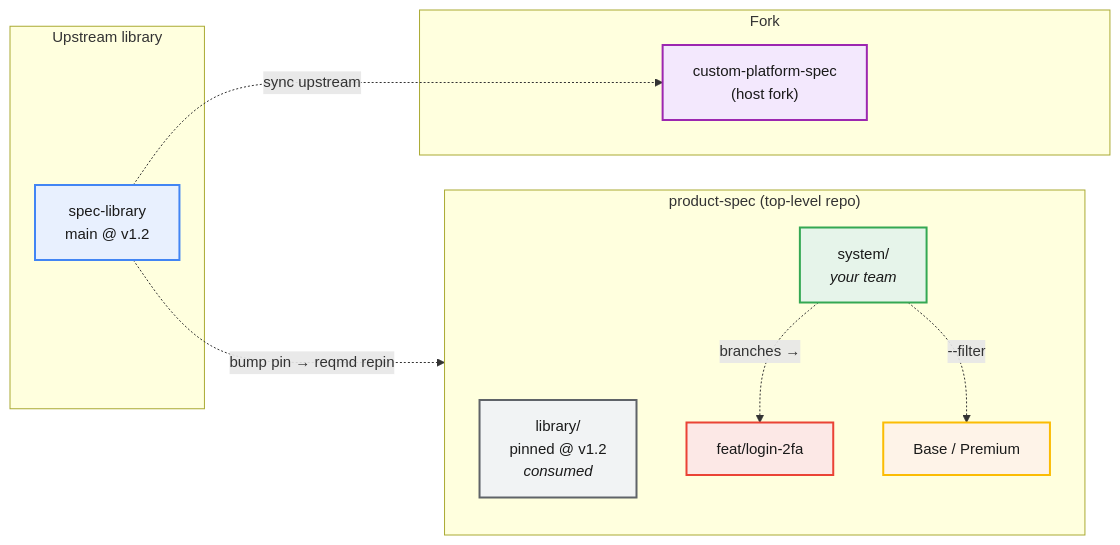
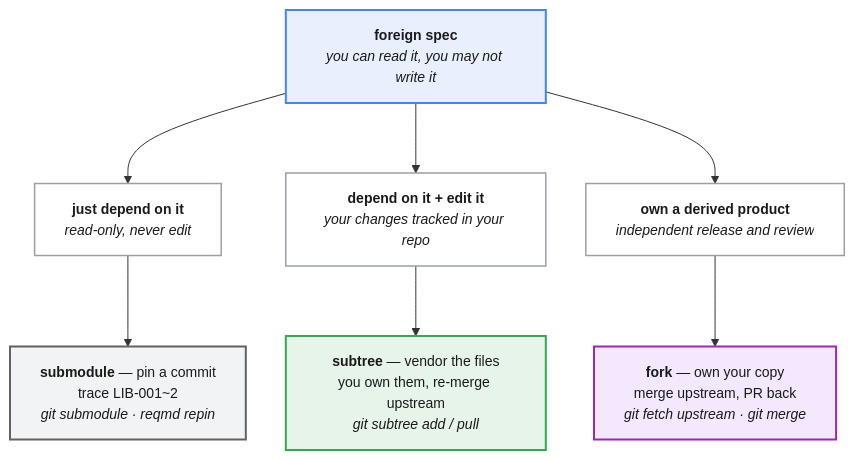
The diagram in site/content/structure.md (dVoo/reqmd), drawn with Mermaid before and after one commit. The commit also changed other lines of this file and 6 other files, not shown here.

````diff
--- a/site/content/structure.md
+++ b/site/content/structure.md
@@ -22,32 +62,26 @@
 ```mermaid
-%%{init: {'themeVariables': {'fontSize': '15px'}}}%%
+%%{init: {'themeVariables': {'fontSize': '14px'}, 'flowchart': {'curve': 'basis', 'nodeSpacing': 40, 'rankSpacing': 70}}}%%
+flowchart TD
+  classDef foreign fill:#e8f0fe,stroke:#4285f4,stroke-width:2px,color:#1a1a1a
+  classDef pin fill:#f1f3f4,stroke:#5f6368,stroke-width:2px,color:#1a1a1a
+  classDef vendor fill:#e6f4ea,stroke:#34a853,stroke-width:2px,color:#1a1a1a
+  classDef fork fill:#f3e8fd,stroke:#9c27b0,stroke-width:2px,color:#1a1a1a
+  classDef intent fill:#ffffff,stroke:#9aa0a6,stroke-width:1.5px,color:#1a1a1a
 
-flowchart LR
-  classDef upstream fill:#e8f0fe,stroke:#4285f4,stroke-width:2px,color:#1a1a1a
-  classDef owned fill:#e6f4ea,stroke:#34a853,stroke-width:2px,color:#1a1a1a
-  classDef submodule fill:#f1f3f4,stroke:#5f6368,stroke-width:2px,color:#1a1a1a
-  classDef branch fill:#fce8e6,stroke:#ea4335,stroke-width:2px,color:#1a1a1a
-  classDef variant fill:#fef3e8,stroke:#fbbc04,stroke-width:2px,color:#1a1a1a
-  classDef fork fill:#f3e8fd,stroke:#9c27b0,stroke-width:2px,color:#1a1a1a
+  Q["<b>foreign spec</b><br/><i>you can read it, you may not write it</i>"]:::foreign
 
-  subgraph upstream["Upstream library"]
-    LIB["spec-library<br/>main @ v1.2"]:::upstream
-  end
+  A["<b>just depend on it</b><br/><i>read-only, never edit</i>"]:::intent
+  B["<b>depend on it + edit it</b><br/><i>your changes tracked in your repo</i>"]:::intent
+  C["<b>own a derived product</b><br/><i>independent release and review</i>"]:::intent
 
-  subgraph assembled["product-spec (top-level repo)"]
-    direction TB
-    SUB["library/<br/>pinned @ v1.2<br/><i>consumed</i>"]:::submodule
-    SYS["system/<br/><i>your team</i>"]:::owned
-    BRANCH["feat/login-2fa"]:::branch
-    VAR["Base / Premium"]:::variant
-    SYS -.->|"branches →"| BRANCH
-    SYS -.->|"--filter"| VAR
-  end
+  SM["<b>submodule</b> — pin a commit<br/>trace LIB-001~2<br/><i>git submodule · reqmd repin</i>"]:::pin
+  ST["<b>subtree</b> — vendor the files<br/>you own them, re-merge upstream<br/><i>git subtree add / pull</i>"]:::vendor
+  FK["<b>fork</b> — own your copy<br/>merge upstream, PR back<br/><i>git fetch upstream · git merge</i>"]:::fork
 
-  subgraph forked["Fork"]
-    FORK["custom-platform-spec<br/>(host fork)"]:::fork
-  end
-
-  LIB -.->|"bump pin → reqmd repin"| SUB
-  LIB -.->|"sync upstream"| FORK
+  Q --> A
+  Q --> B
+  Q --> C
+  A --> SM
+  B --> ST
+  C --> FK
 ```
````
